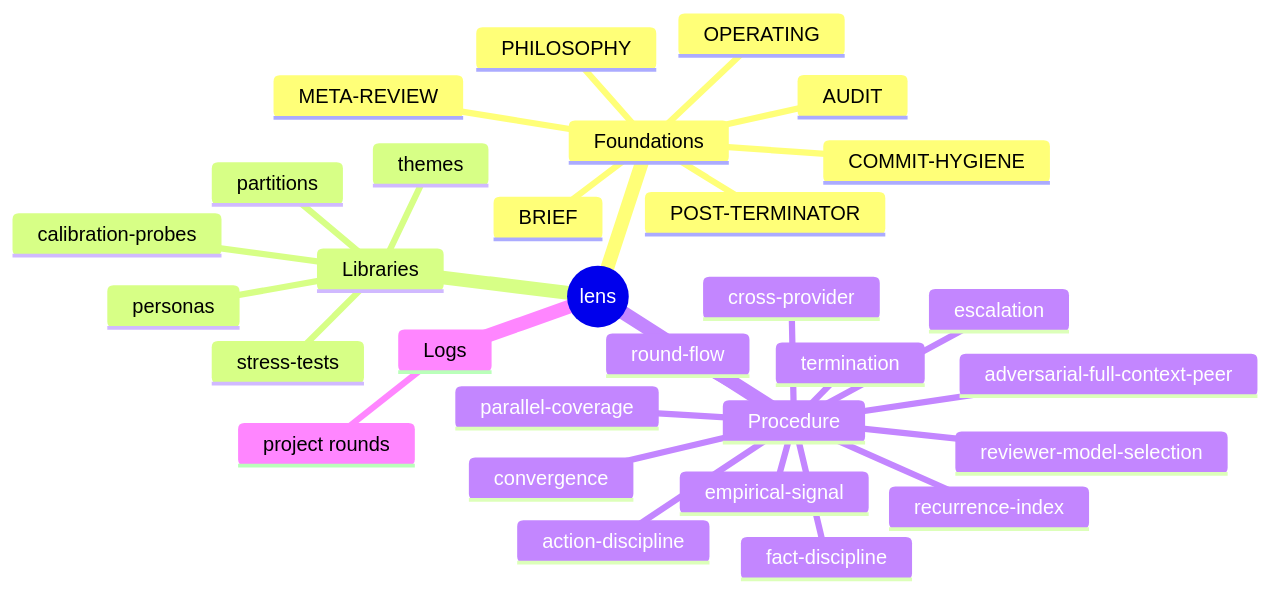
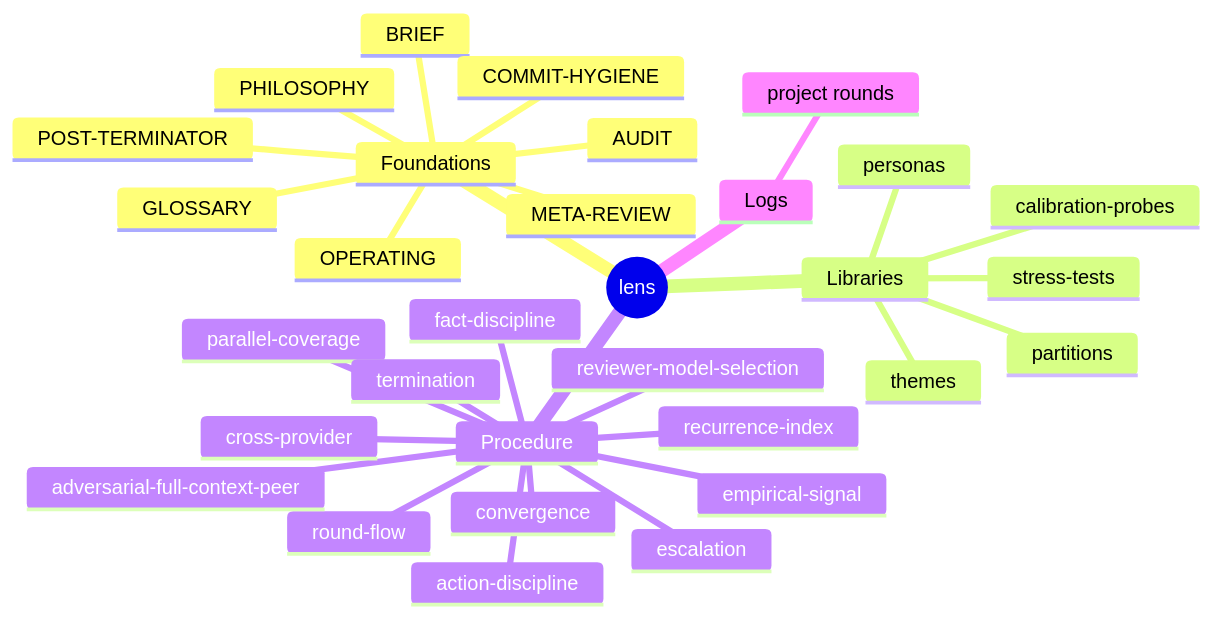
Before and after one commit to 1qh/lens: the second of 2 diagrams in README.md, drawn with Mermaid. The commit also changed other lines of this file and 2 other files, not shown here.

Commit message:
fill cold-read gaps: bootstrap, project ID, agent tool shape, recovery, glossary

````diff
--- a/README.md
+++ b/README.md
@@ -22,33 +22,34 @@
 ```mermaid
 mindmap
   root((lens))
     Foundations
       OPERATING
       PHILOSOPHY
+      GLOSSARY
       BRIEF
       AUDIT
       POST-TERMINATOR
       META-REVIEW
       COMMIT-HYGIENE
     Libraries
       personas
       themes
       stress-tests
       partitions
       calibration-probes
     Procedure
       round-flow
       parallel-coverage
       action-discipline
       convergence
       cross-provider
       recurrence-index
       escalation
       termination
       empirical-signal
       reviewer-model-selection
       adversarial-full-context-peer
       fact-discipline
     Logs
       project rounds
 ```
````
